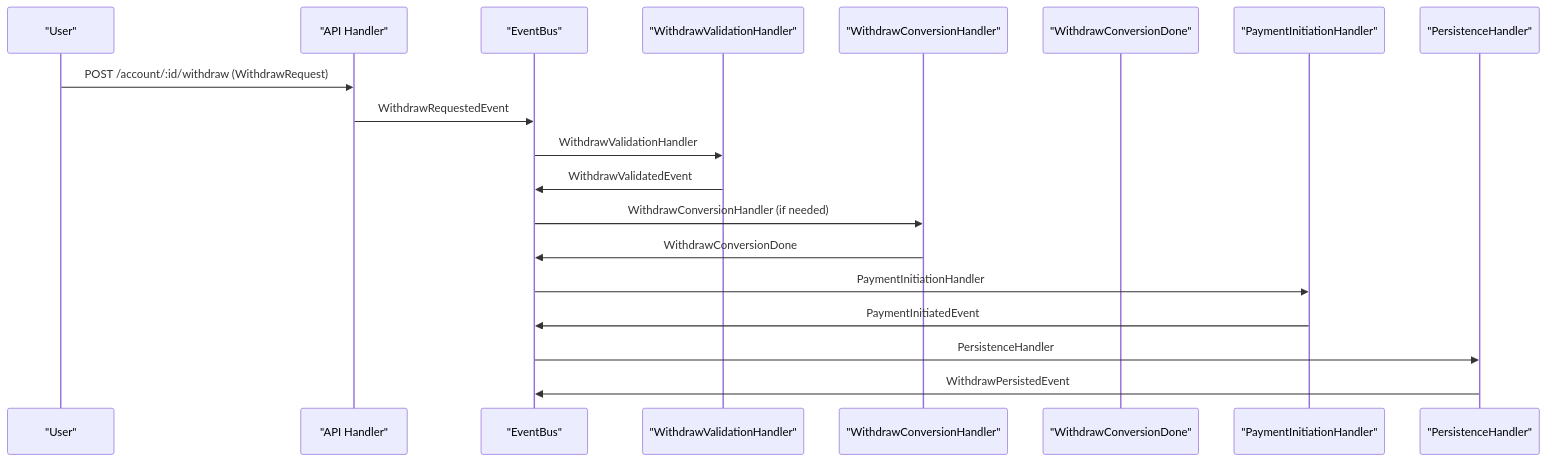
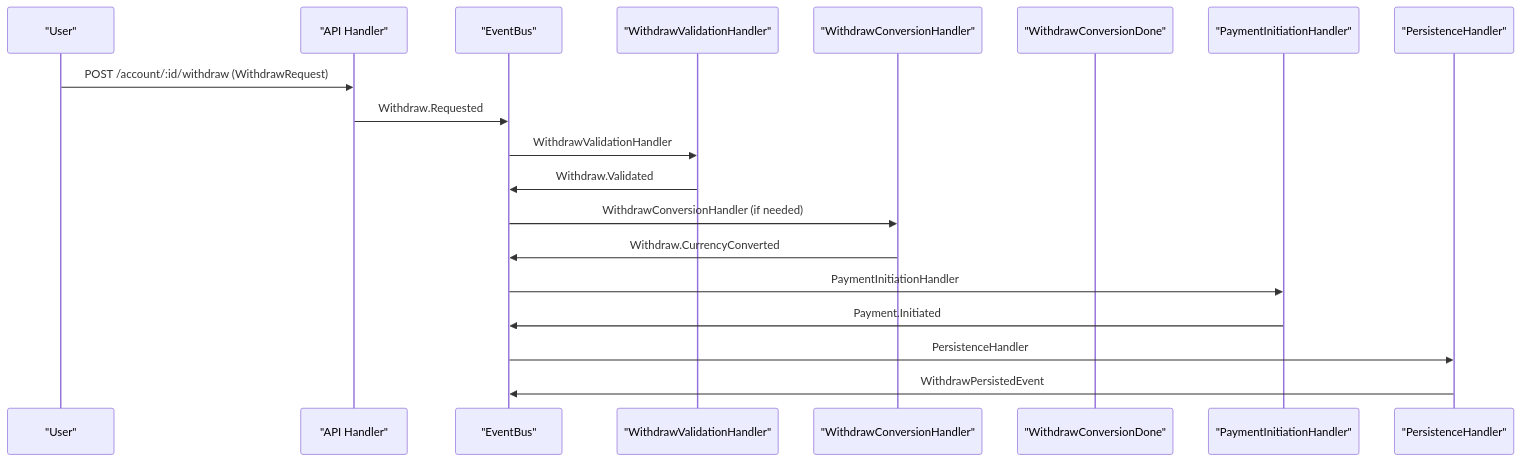
One commit to amirasaad/fintech changed the first of 2 diagrams in docs/refactoring/event-driven-withdraw-flow.md. Above: the diagram before and after it, drawn with Mermaid. The commit also changed other lines of this file and 11 other files, not shown here.

First line of the commit message:
docs: synchronize event names, API endpoints, and file paths across documentation

````diff
--- a/docs/refactoring/event-driven-withdraw-flow.md
+++ b/docs/refactoring/event-driven-withdraw-flow.md
@@ -18,22 +18,22 @@
 ```mermaid
 sequenceDiagram
     participant U as "User"
     participant API as "API Handler"
     participant EB as "EventBus"
     participant VH as "WithdrawValidationHandler"
     participant WC as "WithdrawConversionHandler"
     participant WCD as "WithdrawConversionDone"
     participant PI as "PaymentInitiationHandler"
     participant P as "PersistenceHandler"
 
     U->>API: POST /account/:id/withdraw (WithdrawRequest)
-    API->>EB: WithdrawRequestedEvent
+    API->>EB: Withdraw.Requested
     EB->>VH: WithdrawValidationHandler
-    VH->>EB: WithdrawValidatedEvent
+    VH->>EB: Withdraw.Validated
     EB->>WC: WithdrawConversionHandler (if needed)
-    WC->>EB: WithdrawConversionDone
+    WC->>EB: Withdraw.CurrencyConverted
     EB->>PI: PaymentInitiationHandler
-    PI->>EB: PaymentInitiatedEvent
+    PI->>EB: Payment.Initiated
     EB->>P: PersistenceHandler
     P->>EB: WithdrawPersistedEvent
 ```
````
